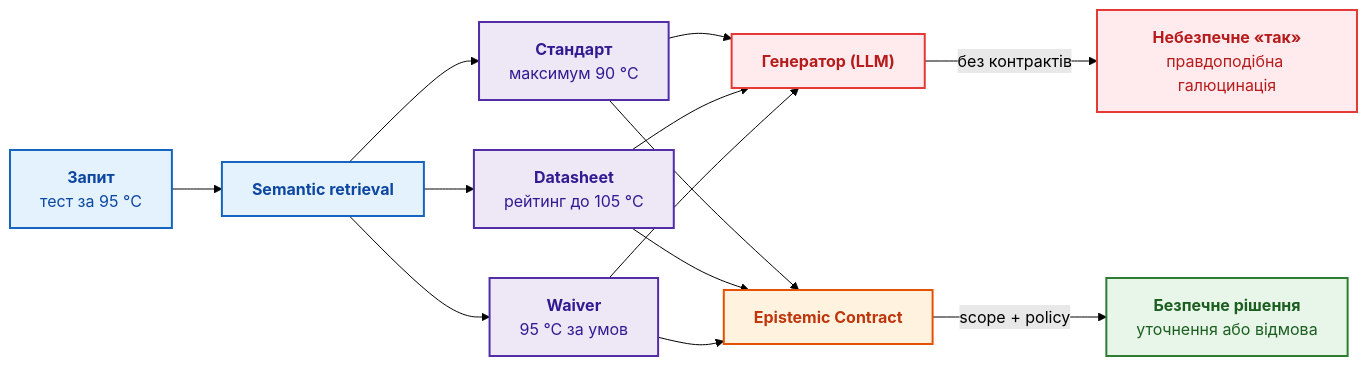
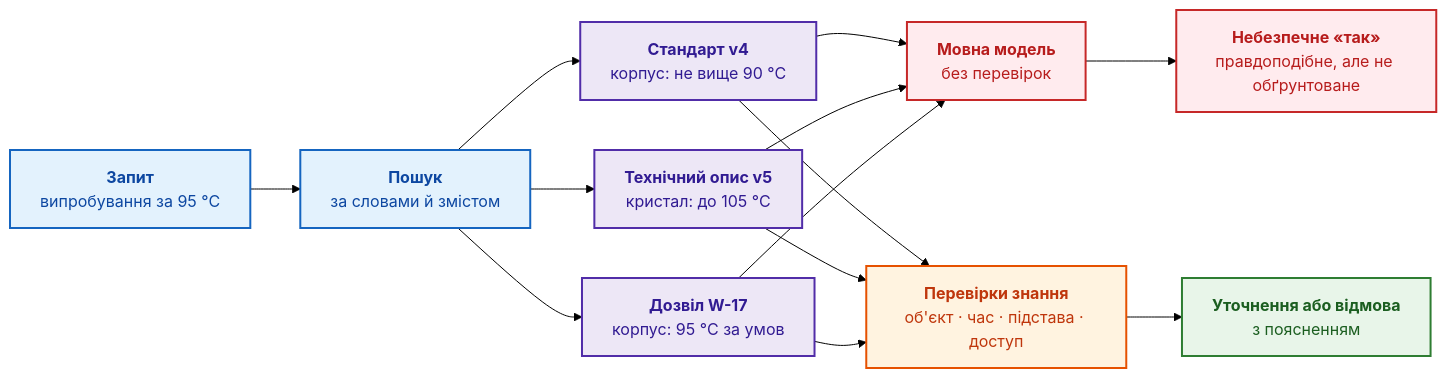
One commit to nick-fedchik/articles changed the first of 7 diagrams in ExpertSystem/ch02-epistemology-of-machine-knowledge.md. Above: the diagram before and after it, drawn with Mermaid (forest theme). The commit also changed other lines of this file, not shown here.

````diff
--- a/ExpertSystem/ch02-epistemology-of-machine-knowledge.md
+++ b/ExpertSystem/ch02-epistemology-of-machine-knowledge.md
@@ -45,30 +44,26 @@
 ```mermaid
 flowchart LR
-    accTitle: Порівняння генерації без контрактів та з епістемічним контрактом
-    accDescr: Семантичний пошук повертає різні джерела; без контрактів генератор видає небезпечне так, а з контрактом — безпечну відмову або контрольоване рішення.
+    accTitle: Три знайдені документи й два шляхи до відповіді
+    accDescr: Пошук знаходить стандарт, технічний опис компонента й дозвіл на відхилення. Мовна модель без перевірок складає небезпечне «так». Перевірки знання в експертній системі ведуть до уточнення або безпечної відмови.
 
-    Q["<b>Запит</b><br/>тест за 95 °C"] --> R["<b>Semantic retrieval</b>"]
-    R --> S1["<b>Стандарт</b><br/>максимум 90 °C"]
-    R --> S2["<b>Datasheet</b><br/>рейтинг до 105 °C"]
-    R --> S3["<b>Waiver</b><br/>95 °C за умов"]
-    S1 --> LLM["<b>Генератор (LLM)</b>"]
-    S2 --> LLM
-    S3 --> LLM
-    LLM -->|"без контрактів"| BAD["<b>Небезпечне «так»</b><br/>правдоподібна галюцинація"]
-    S1 --> EC["<b>Epistemic Contract</b>"]
-    S2 --> EC
-    S3 --> EC
-    EC -->|"scope + policy"| SAFE["<b>Безпечне рішення</b><br/>уточнення або відмова"]
+    Q["<b>Запит</b><br/>випробування за 95 °C"] --> S["<b>Пошук</b><br/>за словами й змістом"]
+    S --> D1["<b>Стандарт v4</b><br/>корпус: не вище 90 °C"]
+    S --> D2["<b>Технічний опис v5</b><br/>кристал: до 105 °C"]
+    S --> D3["<b>Дозвіл W-17</b><br/>корпус: 95 °C за умов"]
+    D1 & D2 & D3 --> LLM["<b>Мовна модель</b><br/>без перевірок"]
+    LLM --> BAD["<b>Небезпечне «так»</b><br/>правдоподібне, але не обґрунтоване"]
+    D1 & D2 & D3 --> EC["<b>Перевірки знання</b><br/>об'єкт · час · підстава · доступ"]
+    EC --> SAFE["<b>Уточнення або відмова</b><br/>з поясненням"]
 
     classDef q fill:#e3f2fd,stroke:#1565c0,stroke-width:2px,color:#0d47a1;
     classDef doc fill:#ede7f6,stroke:#512da8,stroke-width:2px,color:#311b92;
-    classDef bad fill:#ffebee,stroke:#e53935,stroke-width:2px,color:#b71c1c;
+    classDef bad fill:#ffebee,stroke:#c62828,stroke-width:2px,color:#b71c1c;
+    classDef check fill:#fff3e0,stroke:#e65100,stroke-width:2px,color:#bf360c;
     classDef good fill:#e8f5e9,stroke:#2e7d32,stroke-width:2px,color:#1b5e20;
-    classDef core fill:#fff3e0,stroke:#e65100,stroke-width:2px,color:#bf360c;
 
-    class Q,R q;
-    class S1,S2,S3 doc;
+    class Q,S q;
+    class D1,D2,D3 doc;
     class LLM,BAD bad;
-    class EC core;
+    class EC check;
     class SAFE good;
 ```
````
